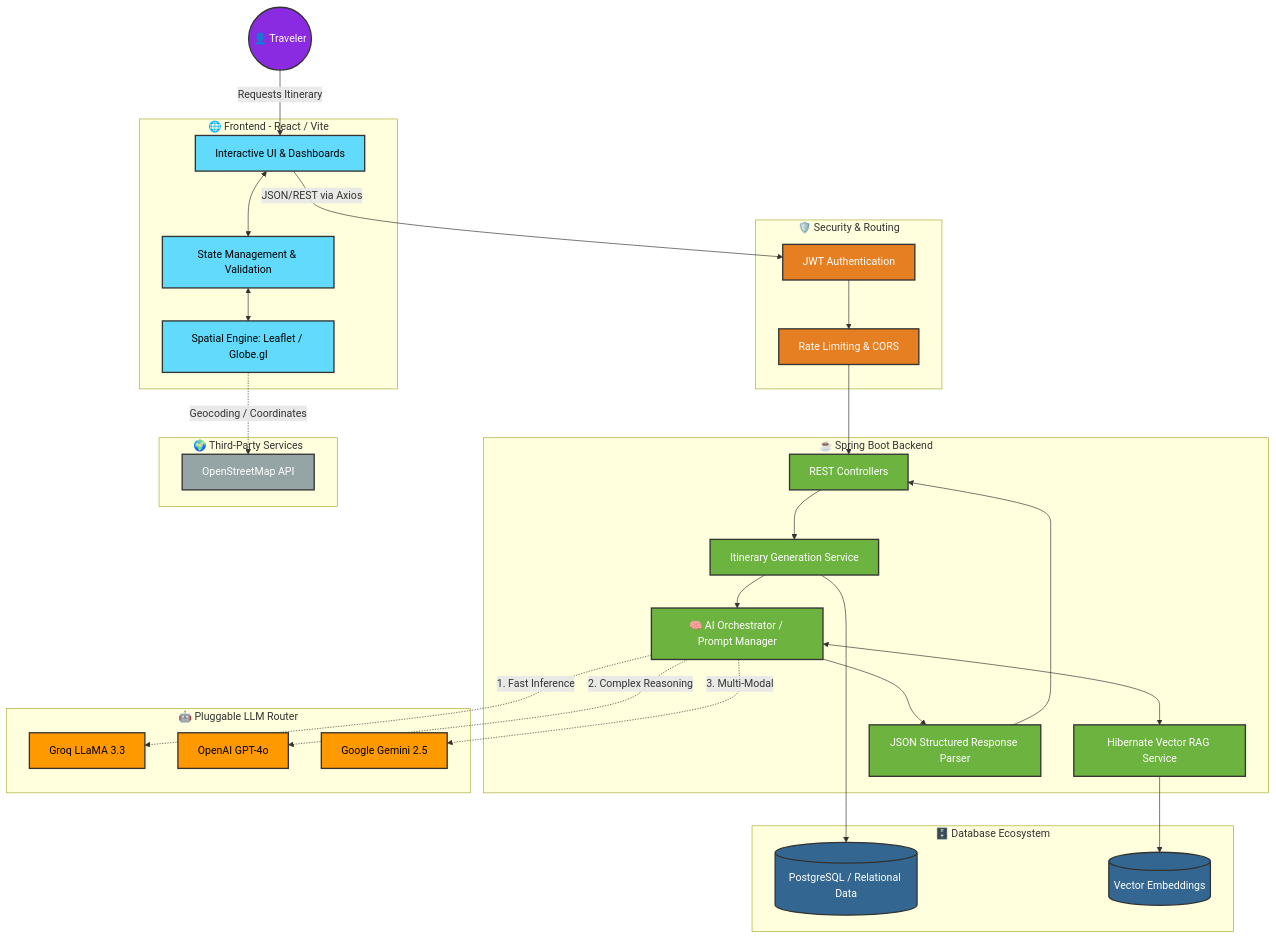
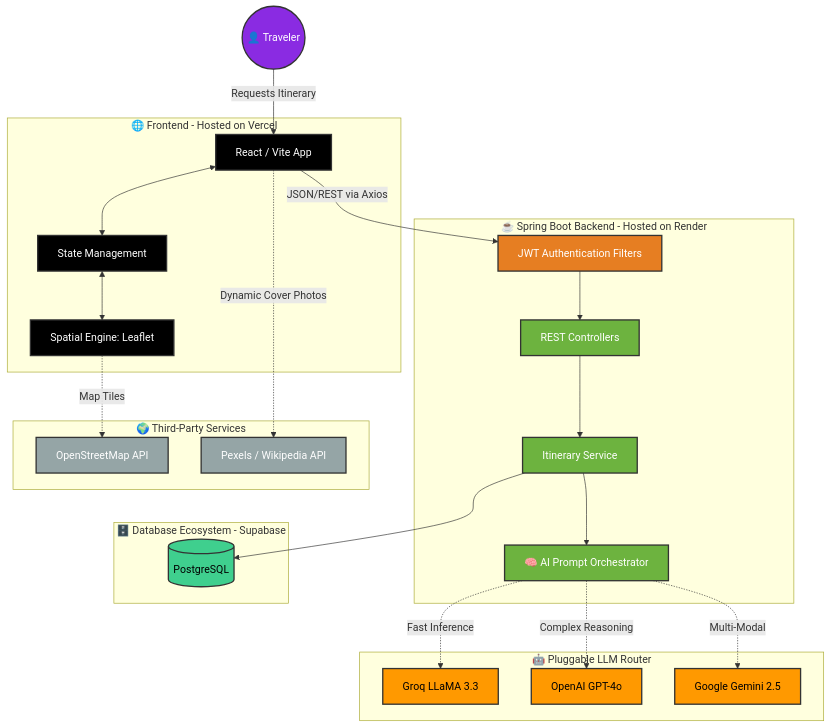
Before and after one commit to AbdulKalamU/Ai-tinerary: the diagram in README.md, drawn with Mermaid. The commit also changed other lines of this file, not shown here.

Commit message:
Polish README for portfolio showcasing Vercel, Render, and Supabase deployment

````diff
--- a/README.md
+++ b/README.md
@@ -28,69 +30,58 @@
 ```mermaid
 graph TD
     classDef user fill:#8a2be2,stroke:#333,stroke-width:2px,color:#fff
-    classDef frontend fill:#61dafb,stroke:#333,stroke-width:2px,color:#000
+    classDef frontend fill:#000000,stroke:#333,stroke-width:2px,color:#fff
     classDef api fill:#e67e22,stroke:#333,stroke-width:2px,color:#fff
     classDef backend fill:#6db33f,stroke:#333,stroke-width:2px,color:#fff
-    classDef db fill:#336791,stroke:#333,stroke-width:2px,color:#fff
+    classDef db fill:#3fcf8e,stroke:#333,stroke-width:2px,color:#000
     classDef ai fill:#ff9900,stroke:#333,stroke-width:2px,color:#000
     classDef external fill:#95a5a6,stroke:#333,stroke-width:2px,color:#fff
 
     User(("👤 Traveler")):::user
 
-    subgraph Presentation Layer [🌐 Frontend - React / Vite]
-        UI["Interactive UI & Dashboards"]:::frontend
-        MapEngine["Spatial Engine: Leaflet / Globe.gl"]:::frontend
-        State["State Management & Validation"]:::frontend
+    subgraph Presentation Layer [🌐 Frontend - Hosted on Vercel]
+        UI["React / Vite App"]:::frontend
+        MapEngine["Spatial Engine: Leaflet"]:::frontend
+        State["State Management"]:::frontend
     end
 
     User -->|Requests Itinerary| UI
     UI <--> State
     State <--> MapEngine
 
-    subgraph API Gateway [🛡️ Security & Routing]
-        Auth["JWT Authentication"]:::api
-        RateLimit["Rate Limiting & CORS"]:::api
+    subgraph Business Logic Layer [☕ Spring Boot Backend - Hosted on Render]
+        Auth["JWT Authentication Filters"]:::api
+        Controller["REST Controllers"]:::backend
+        Service["Itinerary Service"]:::backend
+        Orchestrator["🧠 AI Prompt Orchestrator"]:::backend
     end
 
     UI -->|JSON/REST via Axios| Auth
-    Auth --> RateLimit
-
-    subgraph Business Logic Layer [☕ Spring Boot Backend]
-        Controller["REST Controllers"]:::backend
-        Service["Itinerary Generation Service"]:::backend
-        Orchestrator["🧠 AI Orchestrator / Prompt Manager"]:::backend
-        RAG["Hibernate Vector RAG Service"]:::backend
-        Parser["JSON Structured Response Parser"]:::backend
-    end
-
-    RateLimit --> Controller
+    Auth --> Controller
     Controller --> Service
     Service --> Orchestrator
-    Orchestrator <--> RAG
-    Orchestrator --> Parser
-    Parser --> Controller
 
     subgraph External APIs [🌍 Third-Party Services]
         OSM["OpenStreetMap API"]:::external
+        Images["Pexels / Wikipedia API"]:::external
     end
     
-    MapEngine -.->|Geocoding / Coordinates| OSM
+    MapEngine -.->|Map Tiles| OSM
+    UI -.->|Dynamic Cover Photos| Images
 
     subgraph AI Strategy [🤖 Pluggable LLM Router]
         Groq["Groq LLaMA 3.3"]:::ai
         OpenAI["OpenAI GPT-4o"]:::ai
         Gemini["Google Gemini 2.5"]:::ai
     end
     
-    Orchestrator -.->|1. Fast Inference| Groq
-    Orchestrator -.->|2. Complex Reasoning| OpenAI
-    Orchestrator -.->|3. Multi-Modal| Gemini
+    Orchestrator -.->|Fast Inference| Groq
+    Orchestrator -.->|Complex Reasoning| OpenAI
+    Orchestrator -.->|Multi-Modal| Gemini
 
-    subgraph Persistence Layer [🗄️ Database Ecosystem]
-        SQL[("PostgreSQL / Relational Data")]:::db
-        Vector[("Vector Embeddings")]:::db
+    subgraph Persistence Layer [🗄️ Database Ecosystem - Supabase]
+        SQL[("PostgreSQL")]:::db
     end
     
     Service --> SQL
-    RAG --> Vector
 ```
````
